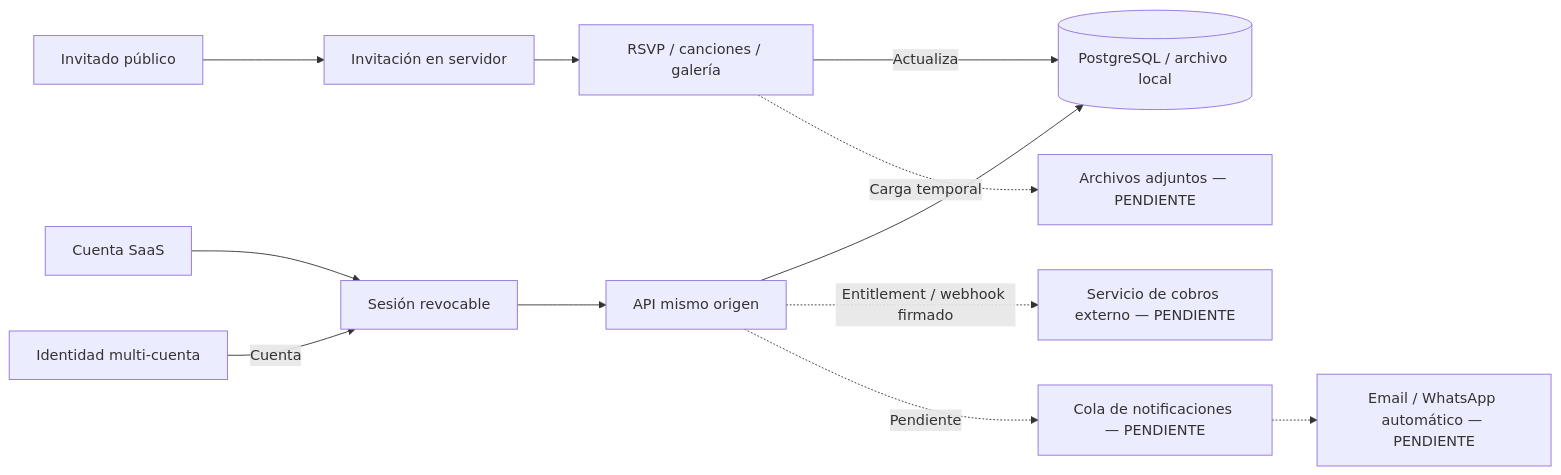
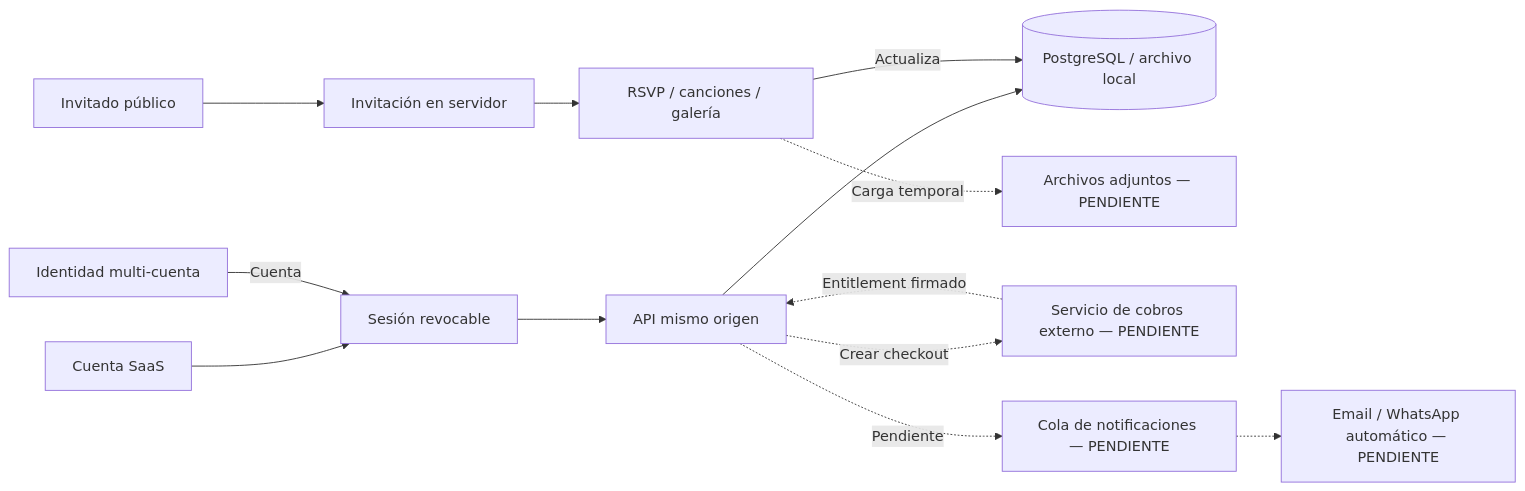
Before and after one commit to ZpectralCrystals/nupcial-saas: the diagram in docs/diagrams/production.mmd, drawn with Mermaid. The commit also changed 52 other files, not shown here.

```diff
--- a/docs/diagrams/production.mmd
+++ b/docs/diagrams/production.mmd
@@ -1,24 +1,25 @@
 flowchart LR
   client["Cuenta SaaS"]
   auth["Sesión revocable"]
   api["API mismo origen"]
   database[("PostgreSQL / archivo local")]
   guest["Invitado público"]
   website["Invitación en servidor"]
   rsvpApi["RSVP / canciones / galería"]
   files["Archivos adjuntos — PENDIENTE"]
   admin["Identidad multi-cuenta"]
   billing["Servicio de cobros externo — PENDIENTE"]
   jobs["Cola de notificaciones — PENDIENTE"]
   delivery["Email / WhatsApp automático — PENDIENTE"]
   client --> auth
   auth --> api
   api --> database
   guest --> website
   website --> rsvpApi
   rsvpApi -->|"Actualiza"| database
   rsvpApi -.->|"Carga temporal"| files
   admin -->|"Cuenta"| auth
-  api -.->|"Entitlement / webhook firmado"| billing
+  api -.->|"Crear checkout"| billing
+  billing -.->|"Entitlement firmado"| api
   api -.->|"Pendiente"| jobs
   jobs -.-> delivery
```
